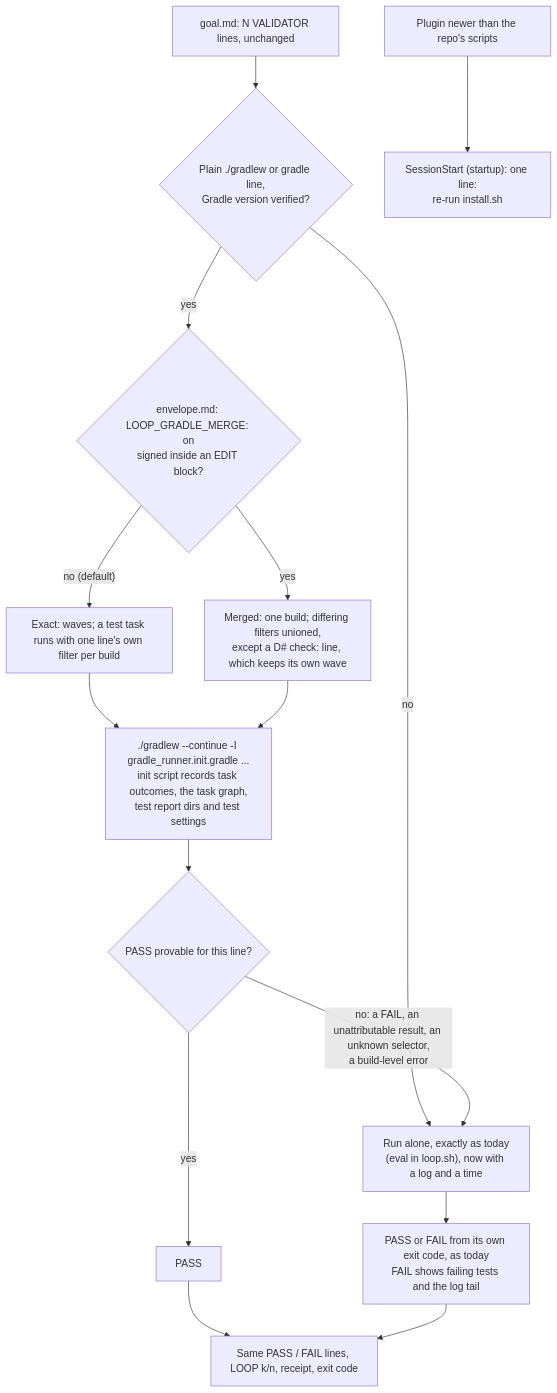
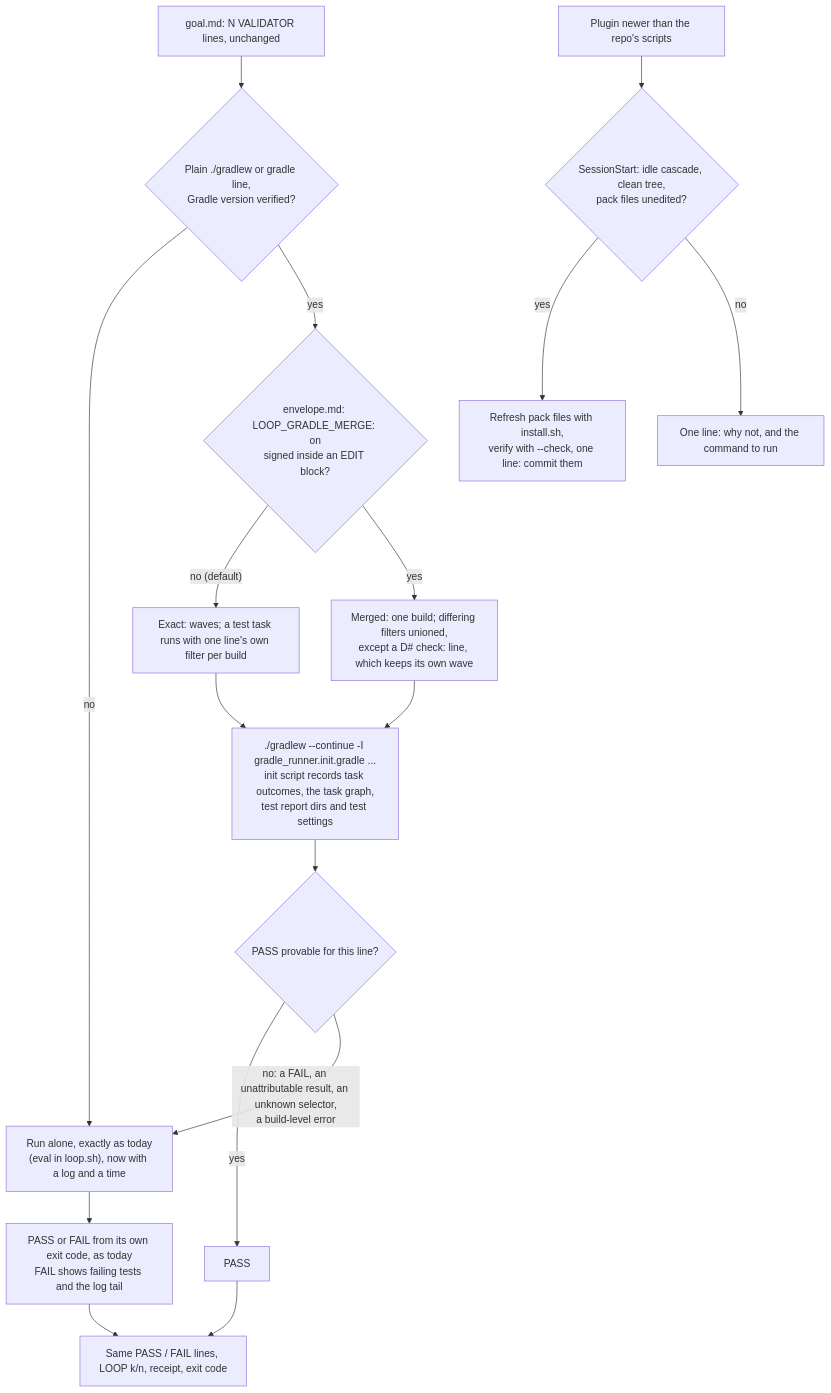
The second of 2 diagrams in docs/cascade/05b-t62-loop-runners.md (kadaluarsa/barbaric-driven-development), drawn with Mermaid before and after one commit. The commit also changed other lines of this file and 1 other file, not shown here.

First line of the commit message:
GENERATE 05b t62-loop-runners: automatic refresh on plugin update (human note)

````diff
--- a/docs/cascade/05b-t62-loop-runners.md
+++ b/docs/cascade/05b-t62-loop-runners.md
@@ -90,15 +90,17 @@
 ```mermaid
 flowchart TD
     G["goal.md: N VALIDATOR lines, unchanged"] --> R{"Plain ./gradlew or gradle line,<br/>Gradle version verified?"}
     R -- no --> S["Run alone, exactly as today<br/>(eval in loop.sh), now with a log and a time"]
     R -- yes --> M{"envelope.md: LOOP_GRADLE_MERGE: on<br/>signed inside an EDIT block?"}
     M -- "no (default)" --> W["Exact: waves; a test task runs with one line's own filter per build"]
     M -- "yes" --> MG["Merged: one build; differing filters unioned,<br/>except a D# check: line, which keeps its own wave"]
     W & MG --> B["./gradlew --continue -I gradle_runner.init.gradle ...<br/>init script records task outcomes, the task graph,<br/>test report dirs and test settings"]
     B --> A{"PASS provable for this line?"}
     A -- yes --> VP["PASS"]
     A -- "no: a FAIL, an unattributable result, an unknown selector,<br/>a build-level error" --> S
     S --> VS["PASS or FAIL from its own exit code, as today<br/>FAIL shows failing tests and the log tail"]
     VP & VS --> LK["Same PASS / FAIL lines, LOOP k/n, receipt, exit code"]
-    UP["Plugin newer than the repo's scripts"] --> SS["SessionStart (startup): one line:<br/>re-run install.sh"]
+    UP["Plugin newer than the repo's scripts"] --> SS{"SessionStart: idle cascade, clean tree,<br/>pack files unedited?"}
+    SS -- yes --> RF["Refresh pack files with install.sh,<br/>verify with --check, one line: commit them"]
+    SS -- no --> NT["One line: why not, and the command to run"]
 ```
````
